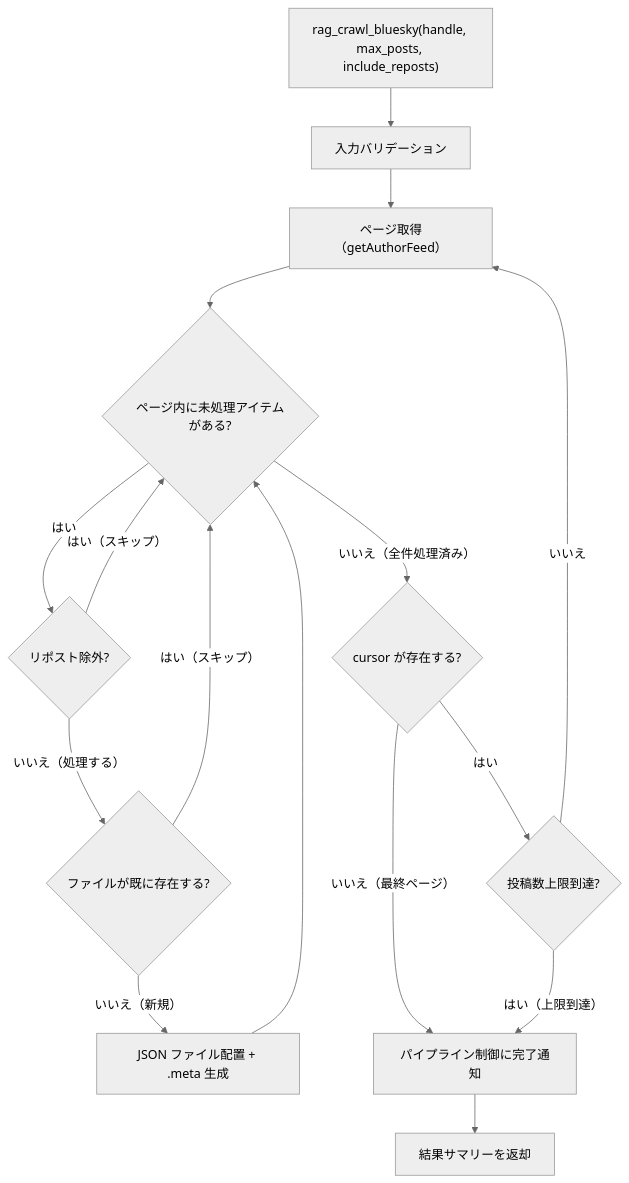
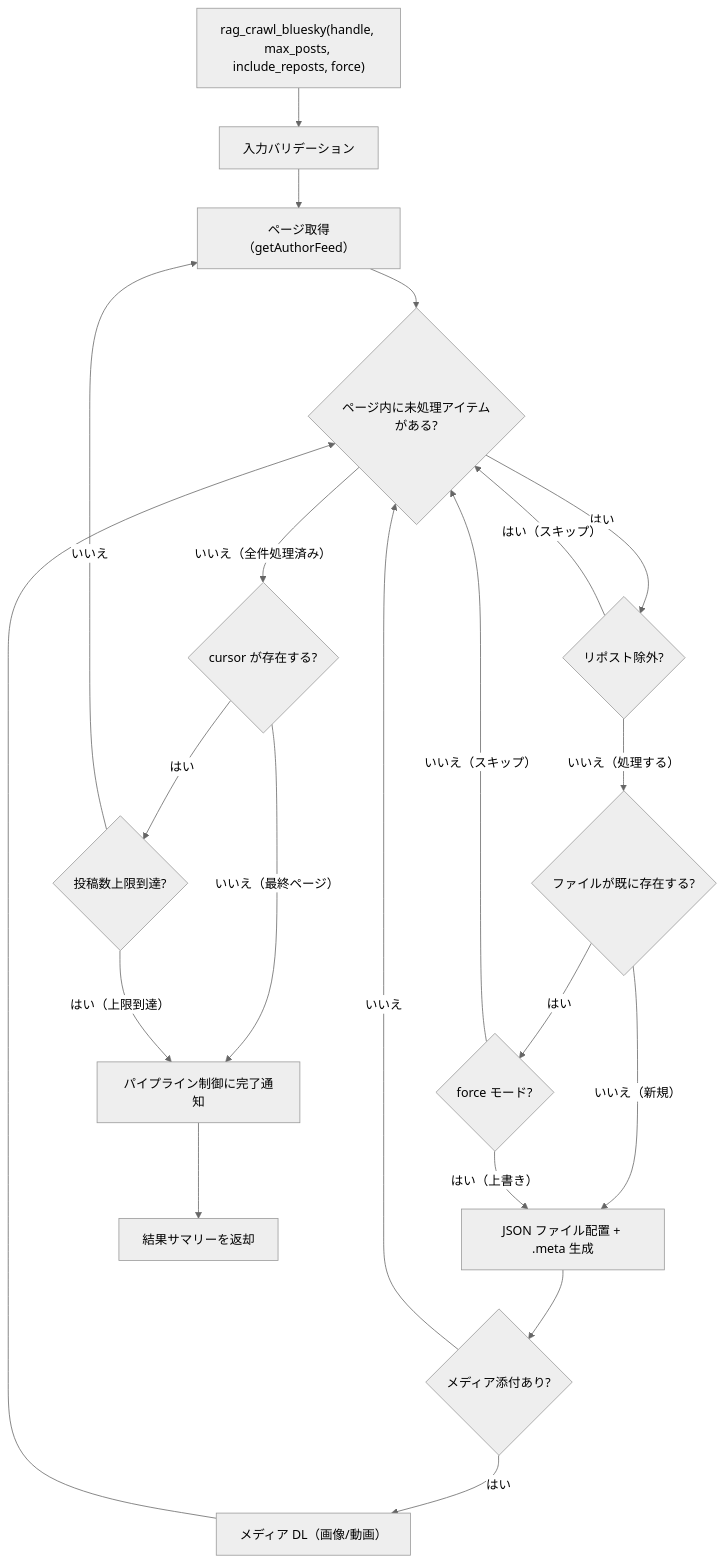
One commit to becky3/rag-knowledge changed the second of 2 diagrams in docs/specs/ingesters/bluesky.md. Above: the diagram before and after it, drawn with Mermaid (neutral theme). The commit also changed other lines of this file and 4 other files, not shown here.

````diff
--- a/docs/specs/ingesters/bluesky.md
+++ b/docs/specs/ingesters/bluesky.md
@@ -284,30 +294,38 @@
 ```mermaid
 flowchart TD
-    START["rag_crawl_bluesky(handle, max_posts, include_reposts)"]
+    START["rag_crawl_bluesky(handle, max_posts, include_reposts, force)"]
     VALIDATE["入力バリデーション"]
     PAGE["ページ取得（getAuthorFeed）"]
     EACH_ITEM{"ページ内に未処理アイテムがある?"}
     REPOST_FILTER{"リポスト除外?"}
     DUP_CHECK{"ファイルが既に存在する?"}
+    FORCE_CHECK{"force モード?"}
     SAVE["JSON ファイル配置 + .meta 生成"]
+    MEDIA_CHECK{"メディア添付あり?"}
+    MEDIA_DL["メディア DL（画像/動画）"]
     CHECK_CURSOR{"cursor が存在する?"}
     CHECK_LIMIT{"投稿数上限到達?"}
     NOTIFY["パイプライン制御に完了通知"]
     RESULT["結果サマリーを返却"]
 
     START --> VALIDATE
     VALIDATE --> PAGE
     PAGE --> EACH_ITEM
     EACH_ITEM -->|"はい"| REPOST_FILTER
     EACH_ITEM -->|"いいえ（全件処理済み）"| CHECK_CURSOR
     REPOST_FILTER -->|"はい（スキップ）"| EACH_ITEM
     REPOST_FILTER -->|"いいえ（処理する）"| DUP_CHECK
-    DUP_CHECK -->|"はい（スキップ）"| EACH_ITEM
+    DUP_CHECK -->|"はい"| FORCE_CHECK
     DUP_CHECK -->|"いいえ（新規）"| SAVE
-    SAVE --> EACH_ITEM
+    FORCE_CHECK -->|"はい（上書き）"| SAVE
+    FORCE_CHECK -->|"いいえ（スキップ）"| EACH_ITEM
+    SAVE --> MEDIA_CHECK
+    MEDIA_CHECK -->|"はい"| MEDIA_DL
+    MEDIA_CHECK -->|"いいえ"| EACH_ITEM
+    MEDIA_DL --> EACH_ITEM
     CHECK_CURSOR -->|"いいえ（最終ページ）"| NOTIFY
     CHECK_CURSOR -->|"はい"| CHECK_LIMIT
     CHECK_LIMIT -->|"はい（上限到達）"| NOTIFY
     CHECK_LIMIT -->|"いいえ"| PAGE
     NOTIFY --> RESULT
 ```
````
